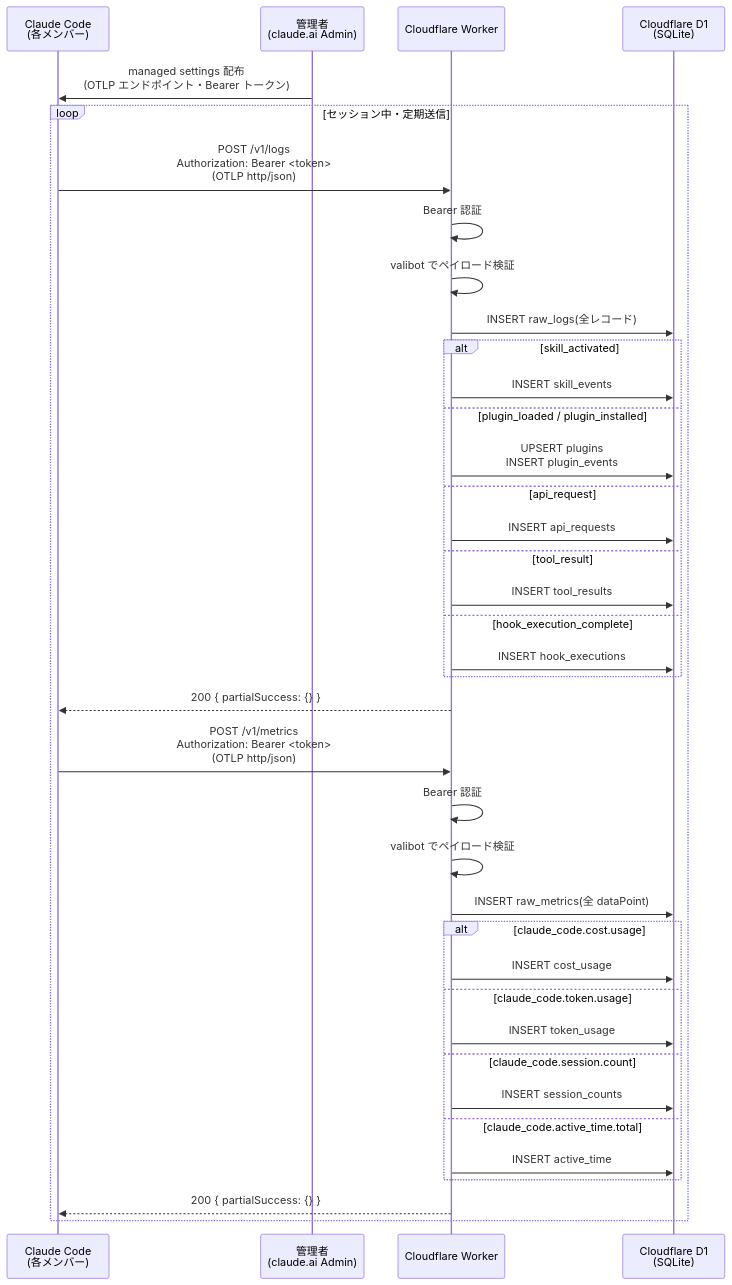
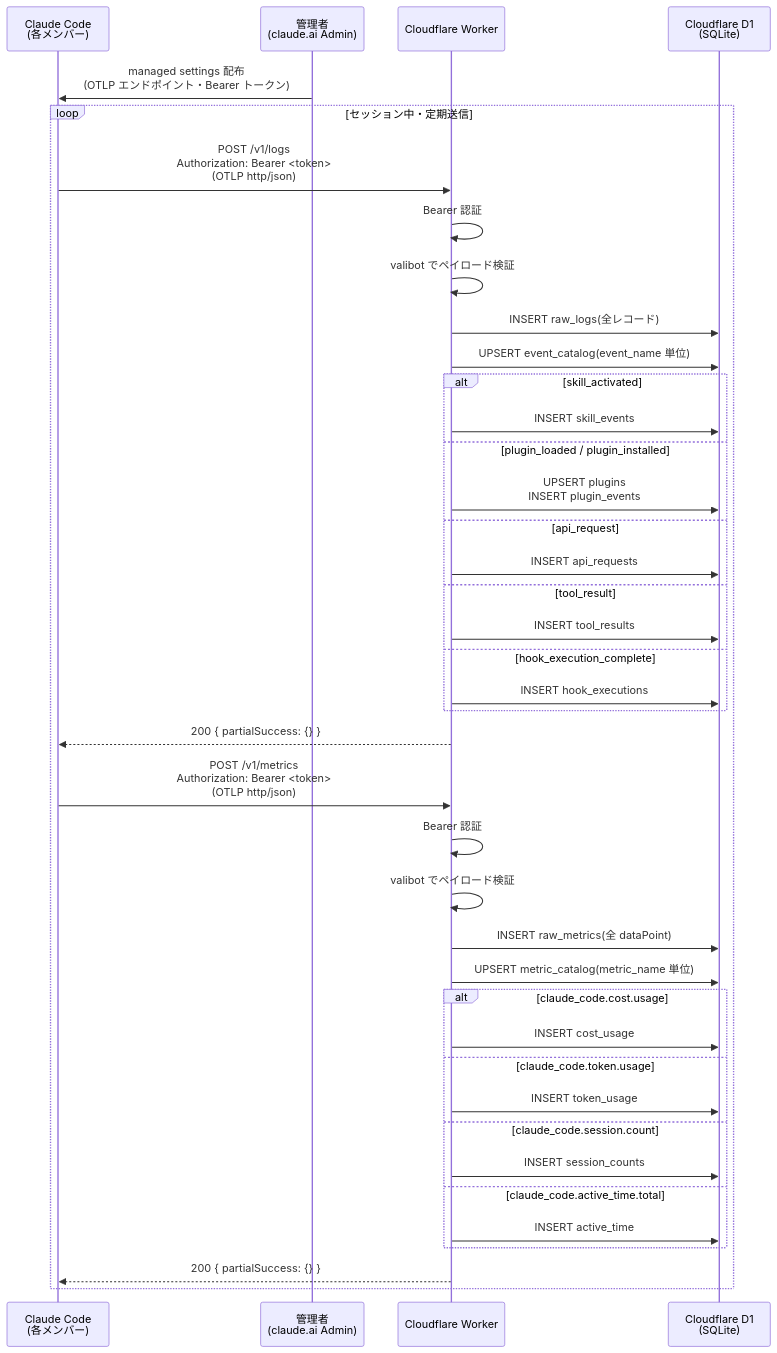
The first of 2 diagrams in README.md (Suntory-N-Water/cc-monitor-worker), drawn with Mermaid before and after one commit. The commit also changed other lines of this file, not shown here.

````diff
--- a/README.md
+++ b/README.md
@@ -34,43 +36,45 @@
 ```mermaid
 sequenceDiagram
     participant CC as Claude Code<br/>(各メンバー)
     participant Admin as 管理者<br/>(claude.ai Admin)
     participant W as Cloudflare Worker
     participant D1 as Cloudflare D1<br/>(SQLite)
 
     Admin->>CC: managed settings 配布<br/>(OTLP エンドポイント・Bearer トークン)
 
     loop セッション中・定期送信
         CC->>W: POST /v1/logs<br/>Authorization: Bearer <token><br/>(OTLP http/json)
         W->>W: Bearer 認証
         W->>W: valibot でペイロード検証
         W->>D1: INSERT raw_logs(全レコード)
+        W->>D1: UPSERT event_catalog(event_name 単位)
         alt skill_activated
             W->>D1: INSERT skill_events
         else plugin_loaded / plugin_installed
             W->>D1: UPSERT plugins<br/>INSERT plugin_events
         else api_request
             W->>D1: INSERT api_requests
         else tool_result
             W->>D1: INSERT tool_results
         else hook_execution_complete
             W->>D1: INSERT hook_executions
         end
         W-->>CC: 200 { partialSuccess: {} }
 
         CC->>W: POST /v1/metrics<br/>Authorization: Bearer <token><br/>(OTLP http/json)
         W->>W: Bearer 認証
         W->>W: valibot でペイロード検証
         W->>D1: INSERT raw_metrics(全 dataPoint)
+        W->>D1: UPSERT metric_catalog(metric_name 単位)
         alt claude_code.cost.usage
             W->>D1: INSERT cost_usage
         else claude_code.token.usage
             W->>D1: INSERT token_usage
         else claude_code.session.count
             W->>D1: INSERT session_counts
         else claude_code.active_time.total
             W->>D1: INSERT active_time
         end
         W-->>CC: 200 { partialSuccess: {} }
     end
 ```
````
